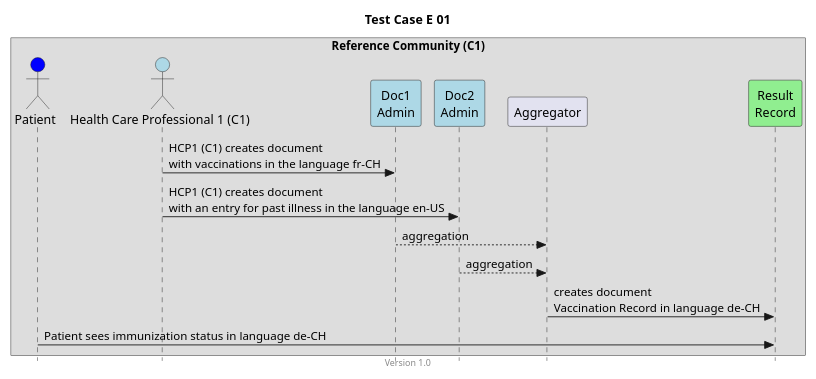
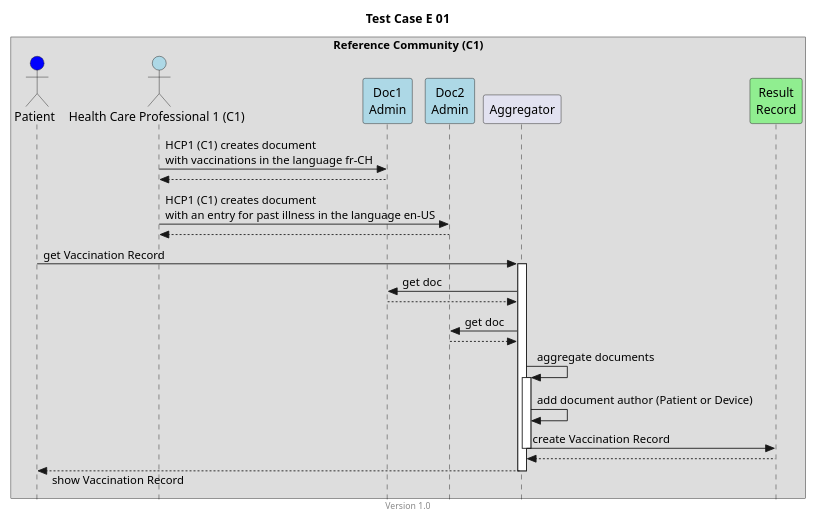
One commit to hl7ch/ch-vacd changed the diagram in input/images-source/TCE01.plantuml. Above: the diagram before and after it, drawn with PlantUML. The commit also changed 17 other files, not shown here.

Commit message:
#190 rework the seq diagrams

```diff
--- a/input/images-source/TCE01.plantuml
+++ b/input/images-source/TCE01.plantuml
@@ -1,28 +1,44 @@
 @startuml
 title Test Case E 01
 footer Version 1.0
 skinparam responseMessageBelowArrow true
 skinparam style strictuml
 scale max 800 width
 
 
 box "Reference Community (C1)"
 actor "Patient" as PAT #blue
 actor "Health Care Professional 1 (C1)" as HCP1_C1 #lightblue
 participant "Doc1\nAdmin" as Doc1 #lightblue
 participant "Doc2\nAdmin" as Doc2 #lightblue
 participant Aggregator as AGG
 participant "Result\nRecord" as RES #lightgreen
 end box
 
 HCP1_C1 -> Doc1: HCP1 (C1) creates document\nwith vaccinations in the language fr-CH
+HCP1_C1 <-- Doc1
 
 HCP1_C1 -> Doc2: HCP1 (C1) creates document\nwith an entry for past illness in the language en-US
+HCP1_C1 <-- Doc2
 
-Doc1 --> AGG: aggregation
-Doc2 --> AGG: aggregation
-AGG -> RES: creates document\nVaccination Record in language de-CH
-PAT -> RES: Patient sees immunization status in language de-CH
+PAT -> AGG: get Vaccination Record
+activate AGG
+
+AGG -> Doc1: get doc
+AGG <-- Doc1
+
+AGG -> Doc2: get doc
+AGG <-- Doc2
+ 
+AGG -> AGG: aggregate documents 
+activate AGG
+AGG -> AGG: add document author (Patient or Device)
+AGG -> RES: create Vaccination Record
+deactivate AGG
+AGG <-- RES
+
+PAT <-- AGG: show Vaccination Record
+deactivate AGG
 
 
 @enduml
```
